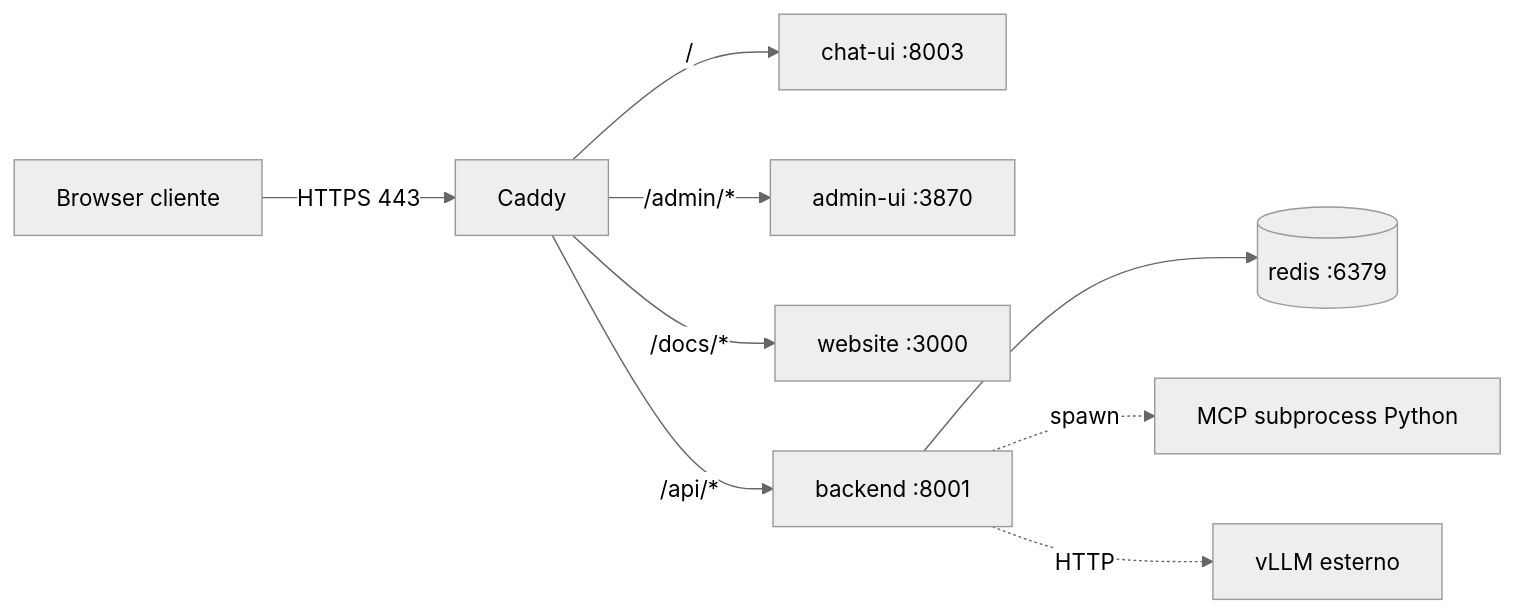
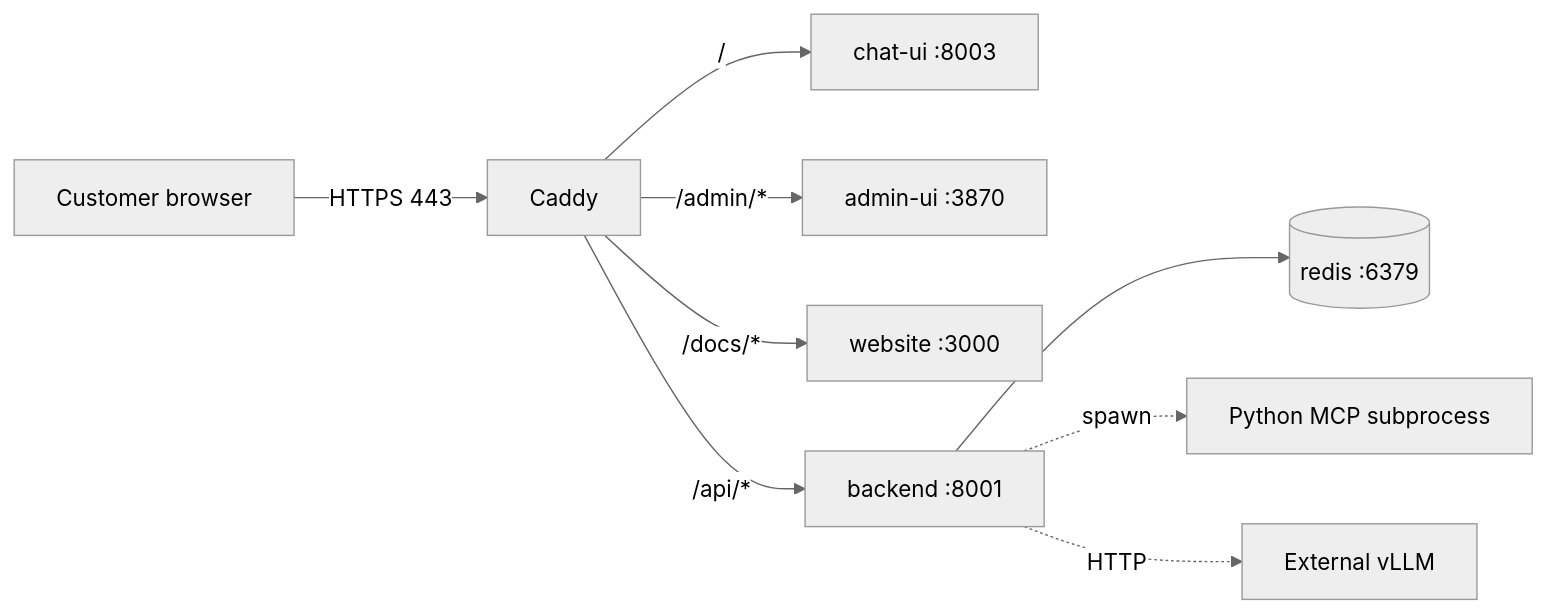
Before and after one commit to AION-by-ASA-Computer/AION_Agent: the diagram in docs/deployment/docker.md, drawn with Mermaid (neutral theme). The commit also changed other lines of this file and 137 other files, not shown here.

````diff
--- a/docs/deployment/docker.md
+++ b/docs/deployment/docker.md
@@ -16,11 +111,11 @@
 ```mermaid
 flowchart LR
-    Browser[Browser cliente] -->|HTTPS 443| Caddy
+    Browser[Customer browser] -->|HTTPS 443| Caddy
     Caddy -->|/| chatUi[chat-ui :8003]
     Caddy -->|/admin/*| adminUi[admin-ui :3870]
     Caddy -->|/docs/*| website[website :3000]
     Caddy -->|/api/*| backend[backend :8001]
     backend --> redis[(redis :6379)]
-    backend -. spawn .-> mcp[MCP subprocess Python]
-    backend -.->|HTTP| vLLM[vLLM esterno]
+    backend -. spawn .-> mcp[Python MCP subprocess]
+    backend -.->|HTTP| vLLM[External vLLM]
 ```
````
